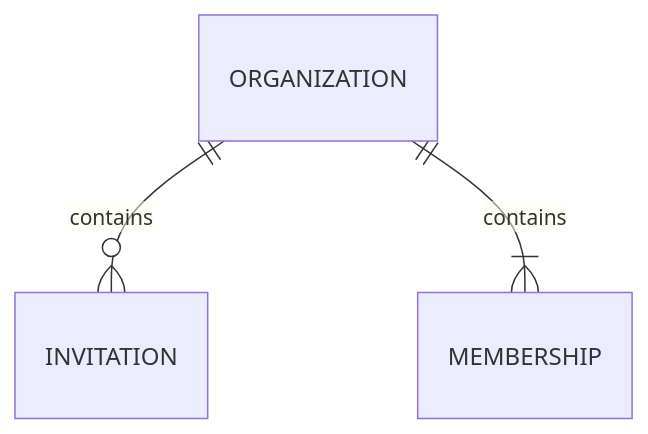
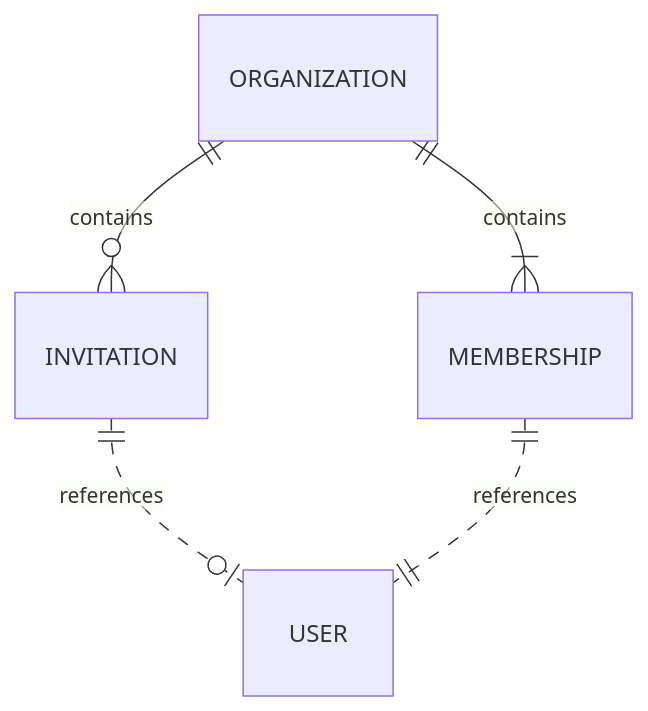
The diagram in docs/learn/inviting-a-user-to-an-organization.md (Nictiz/zorgapis-docs), drawn with Mermaid before and after one commit. The commit also changed other lines of this file, not shown here.

Commit message:
Update ER model for organization

````diff
--- a/docs/learn/inviting-a-user-to-an-organization.md
+++ b/docs/learn/inviting-a-user-to-an-organization.md
@@ -5,5 +5,7 @@
 ``` mermaid
 erDiagram
   ORGANIZATION ||--o{ INVITATION : contains
   ORGANIZATION ||--|{ MEMBERSHIP : contains
+  INVITATION ||..o| USER : references
+  MEMBERSHIP ||..|| USER : references
 ```
````
